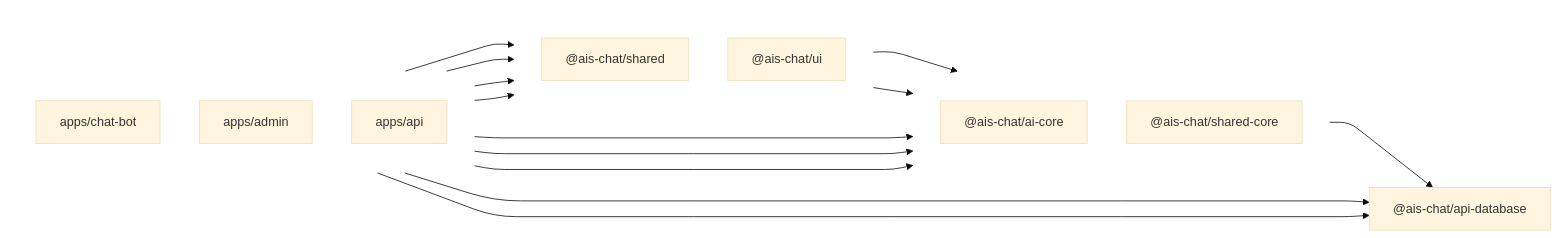
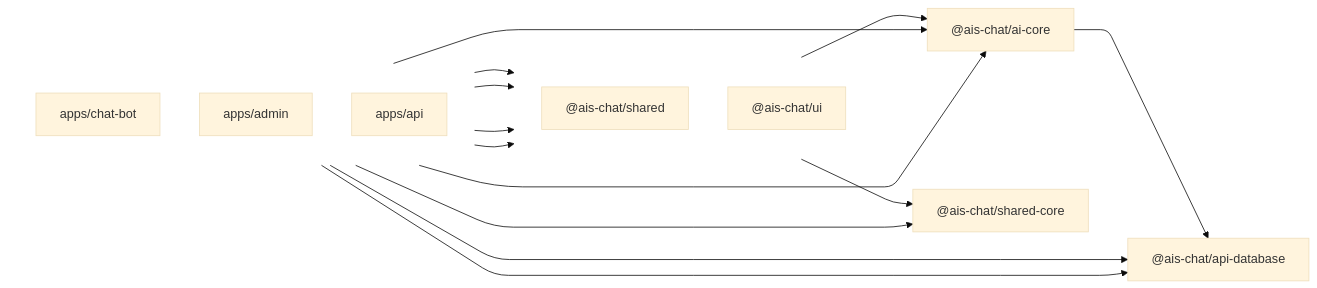
Before and after one commit to FWU-DE/telli-dialog: the fifth of 23 diagrams in docs/current_architecture/architecture.md, drawn with Mermaid (base theme). The commit also changed other lines of this file, not shown here.

First line of the commit message:
address PR review comments on architecture docs

````diff
--- a/docs/current_architecture/architecture.md
+++ b/docs/current_architecture/architecture.md
@@ -89,34 +88,29 @@
 ```mermaid
 %%{init: {'flowchart': {'curve': 'rounded'}}}%%
 graph LR
     subgraph t1[" "]
         direction TB
         chatbot["apps/chat-bot"]
         admin["apps/admin"]
         api["apps/api"]
     end
 
     subgraph t2[" "]
         direction TB
         shared["@ais-chat/shared"]
         ui["@ais-chat/ui"]
     end
 
-    subgraph t3[" "]
-        direction TB
-        aicore["@ais-chat/ai-core"]
-        sharedcore["@ais-chat/shared-core"]
-    end
-
+    aicore["@ais-chat/ai-core"]
+    sharedcore["@ais-chat/shared-core"]
     apidb["@ais-chat/api-database"]
 
     style t1 fill:none,stroke:none
     style t2 fill:none,stroke:none
-    style t3 fill:none,stroke:none
 
     chatbot --> aicore & shared & ui
     admin --> shared & ui & apidb
     api --> aicore & sharedcore & apidb
     shared --> aicore & sharedcore
     aicore --> apidb
 ```
````
